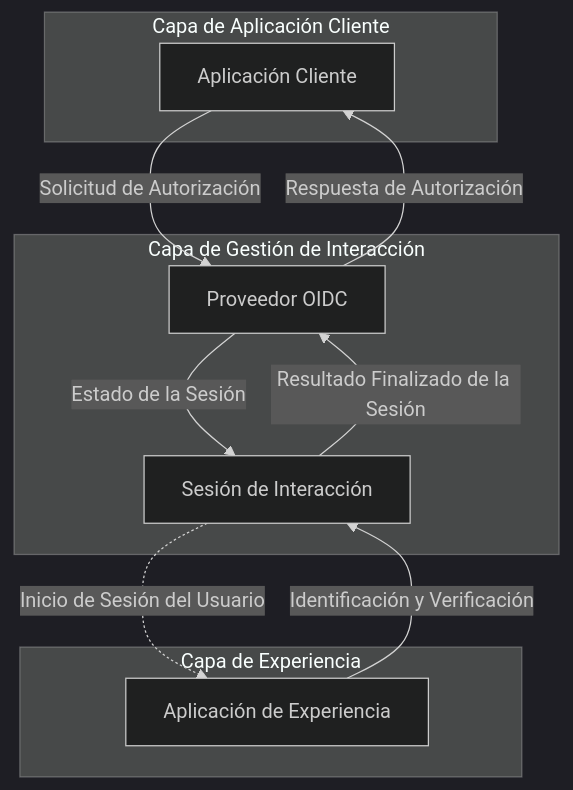
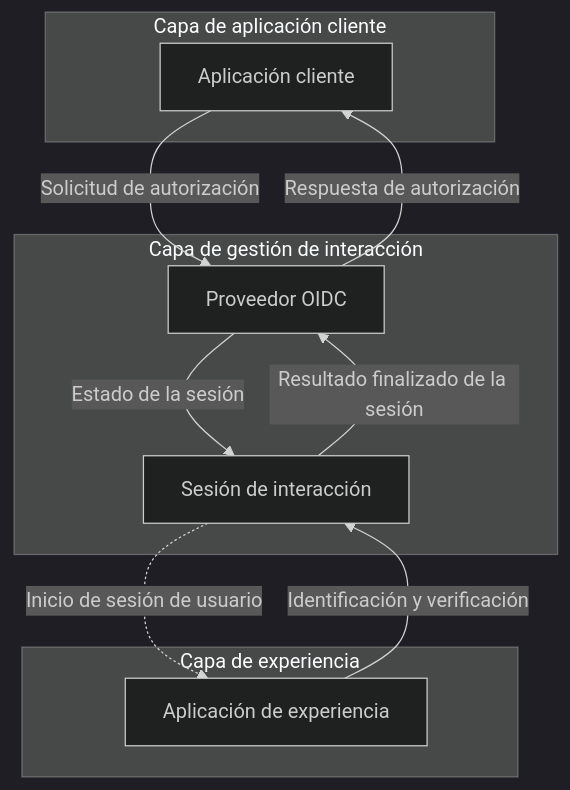
The second of 2 diagrams in i18n/es/docusaurus-plugin-content-docs/current/end-user-flows/sign-up-and-sign-in/README.mdx (logto-io/docs), drawn with Mermaid (dark theme) before and after one commit. The commit also changed other lines of this file and 53 other files, not shown here.

````diff
--- a/i18n/es/docusaurus-plugin-content-docs/current/end-user-flows/sign-up-and-sign-in/README.mdx
+++ b/i18n/es/docusaurus-plugin-content-docs/current/end-user-flows/sign-up-and-sign-in/README.mdx
@@ -47,24 +47,24 @@
 ```mermaid
 flowchart TD
   %% Capas
-  subgraph Layer1 [Capa de Aplicación Cliente]
-      A[Aplicación Cliente]
+  subgraph Layer1 [Capa de aplicación cliente]
+      A[Aplicación cliente]
   end
 
-  subgraph Layer2 [Capa de Gestión de Interacción]
+  subgraph Layer2 [Capa de gestión de interacción]
       B[Proveedor OIDC]
-      C[Sesión de Interacción]
+      C[Sesión de interacción]
   end
 
-  subgraph Layer3 [Capa de Experiencia]
-      D[Aplicación de Experiencia]
+  subgraph Layer3 [Capa de experiencia]
+      D[Aplicación de experiencia]
   end
 
   %% Conexiones
-  A --> |Solicitud de Autorización| B
-  B --> |Estado de la Sesión| C
-  C -.-> |Inicio de Sesión del Usuario| D
-  D --> |Identificación y Verificación| C
-  C --> |Resultado Finalizado de la Sesión| B
-  B --> |Respuesta de Autorización| A
+  A --> |Solicitud de autorización| B
+  B --> |Estado de la sesión| C
+  C -.-> |Inicio de sesión de usuario| D
+  D --> |Identificación y verificación| C
+  C --> |Resultado finalizado de la sesión| B
+  B --> |Respuesta de autorización| A
 ```
````
